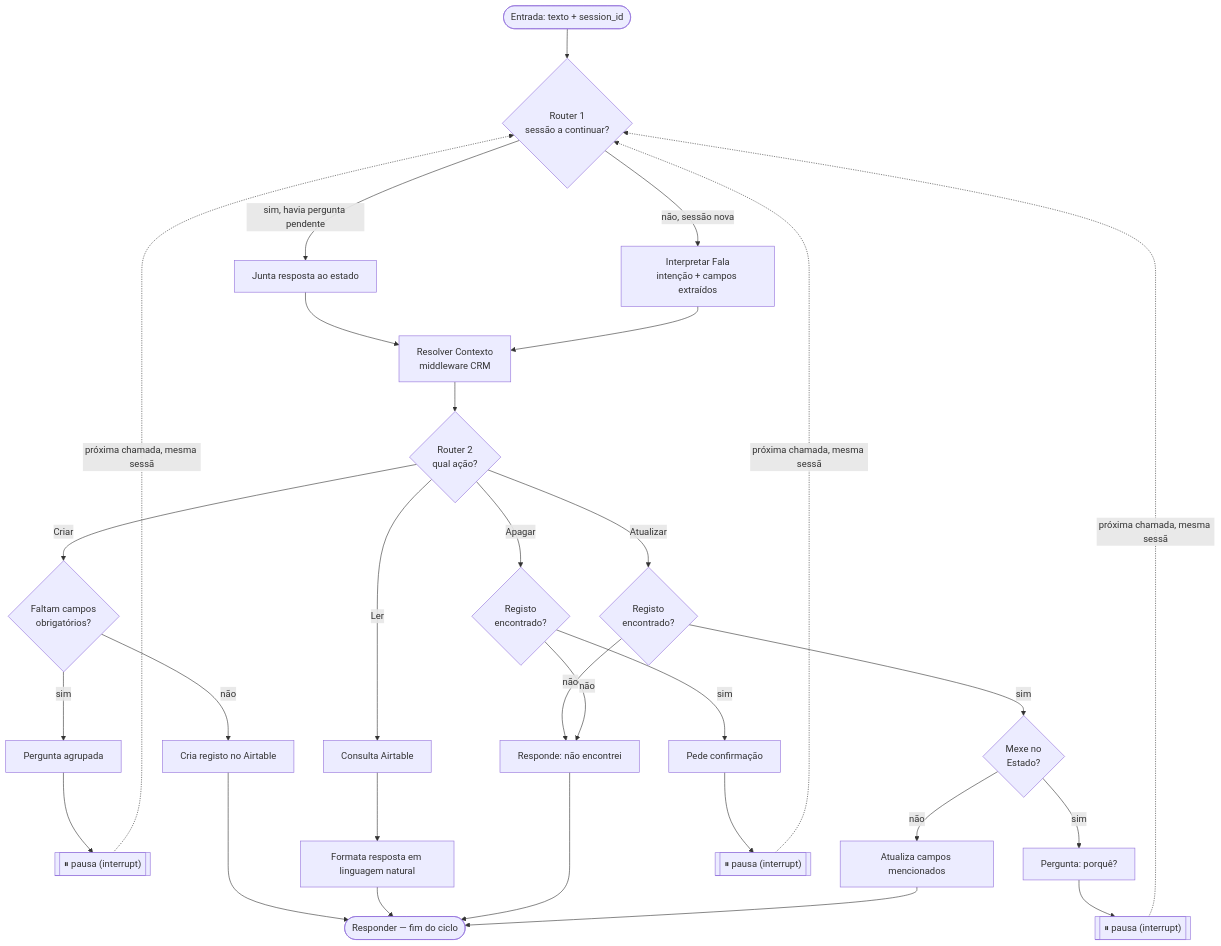
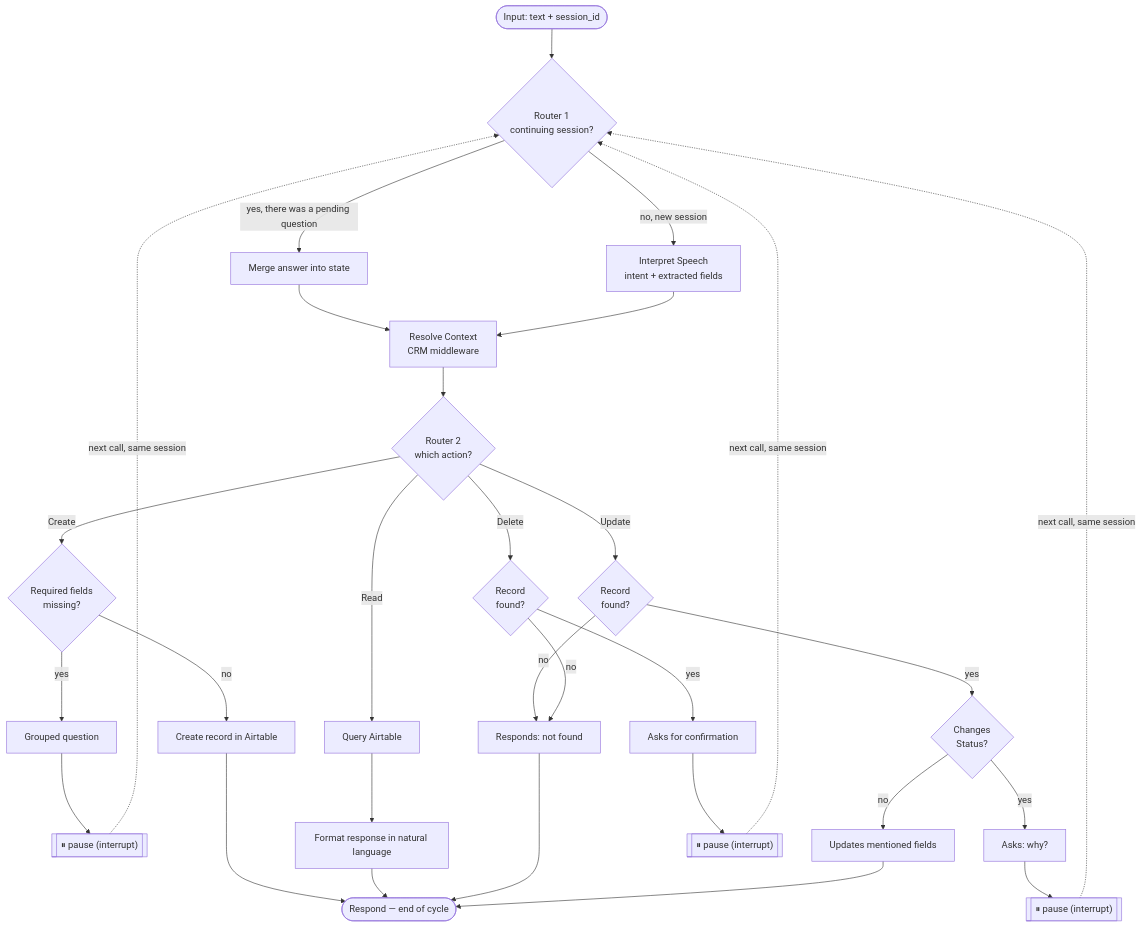
The diagram in docs/Agent.md (ricardoo022/CrmToVoice), drawn with Mermaid before and after one commit. The commit also changed other lines of this file and 38 other files, not shown here.

````diff
--- a/docs/Agent.md
+++ b/docs/Agent.md
@@ -191,39 +264,39 @@
 ```mermaid
 flowchart TD
-    Start([Entrada: texto + session_id]) --> R1{Router 1\nsessão a continuar?}
+    Start([Input: text + session_id]) --> R1{Router 1\ncontinuing session?}
 
-    R1 -->|sim, havia pergunta pendente| Merge[Junta resposta ao estado]
-    R1 -->|não, sessão nova| LLM[Interpretar Fala\nintenção + campos extraídos]
+    R1 -->|yes, there was a pending question| Merge[Merge answer into state]
+    R1 -->|no, new session| LLM[Interpret Speech\nintent + extracted fields]
 
-    Merge --> Resolve[Resolver Contexto\nmiddleware CRM]
+    Merge --> Resolve[Resolve Context\nCRM middleware]
     LLM --> Resolve
-    Resolve --> R2{Router 2\nqual ação?}
+    Resolve --> R2{Router 2\nwhich action?}
 
-    R2 -->|Criar| Faltam{Faltam campos\nobrigatórios?}
-    Faltam -->|sim| PerguntaCriar[Pergunta agrupada]
-    PerguntaCriar --> Pausa1[["⏸ pausa (interrupt)"]]
-    Pausa1 -.próxima chamada, mesma sessão.-> R1
-    Faltam -->|não| EscreveCriar[Cria registo no Airtable]
-    EscreveCriar --> Responder
+    R2 -->|Create| Missing{Required fields\nmissing?}
+    Missing -->|yes| AskCreate[Grouped question]
+    AskCreate --> Pause1[["⏸ pause (interrupt)"]]
+    Pause1 -.next call, same session.-> R1
+    Missing -->|no| WriteCreate[Create record in Airtable]
+    WriteCreate --> Respond
 
-    R2 -->|Ler| Consulta[Consulta Airtable]
-    Consulta --> Formata[Formata resposta em linguagem natural]
-    Formata --> Responder
+    R2 -->|Read| Query[Query Airtable]
+    Query --> Format[Format response in natural language]
+    Format --> Respond
 
-    R2 -->|Atualizar| Encontrado1{Registo\nencontrado?}
-    Encontrado1 -->|não| NaoEncontrado[Responde: não encontrei] --> Responder
-    Encontrado1 -->|sim| MexeEstado{Mexe no\nEstado?}
-    MexeEstado -->|sim| PerguntaPorque[Pergunta: porquê?]
-    PerguntaPorque --> Pausa2[["⏸ pausa (interrupt)"]]
-    Pausa2 -.próxima chamada, mesma sessão.-> R1
-    MexeEstado -->|não| AtualizaDireto[Atualiza campos mencionados]
-    AtualizaDireto --> Responder
+    R2 -->|Update| Found1{Record\nfound?}
+    Found1 -->|no| NotFound[Responds: not found] --> Respond
+    Found1 -->|yes| ChangesStatus{Changes\nStatus?}
+    ChangesStatus -->|yes| AskWhy[Asks: why?]
+    AskWhy --> Pause2[["⏸ pause (interrupt)"]]
+    Pause2 -.next call, same session.-> R1
+    ChangesStatus -->|no| UpdateDirect[Updates mentioned fields]
+    UpdateDirect --> Respond
 
-    R2 -->|Apagar| Encontrado2{Registo\nencontrado?}
-    Encontrado2 -->|não| NaoEncontrado
-    Encontrado2 -->|sim| Confirma[Pede confirmação]
-    Confirma --> Pausa3[["⏸ pausa (interrupt)"]]
-    Pausa3 -.próxima chamada, mesma sessão.-> R1
+    R2 -->|Delete| Found2{Record\nfound?}
+    Found2 -->|no| NotFound
+    Found2 -->|yes| Confirm[Asks for confirmation]
+    Confirm --> Pause3[["⏸ pause (interrupt)"]]
+    Pause3 -.next call, same session.-> R1
 
-    Responder([Responder — fim do ciclo])
+    Respond([Respond — end of cycle])
 ```
````
